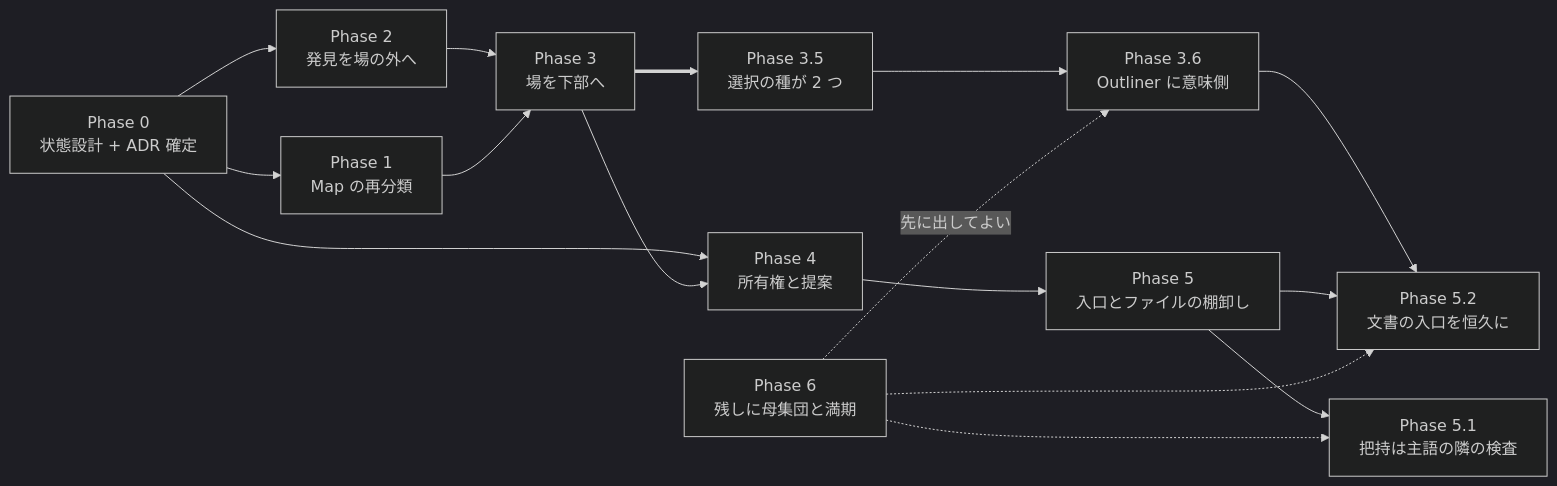
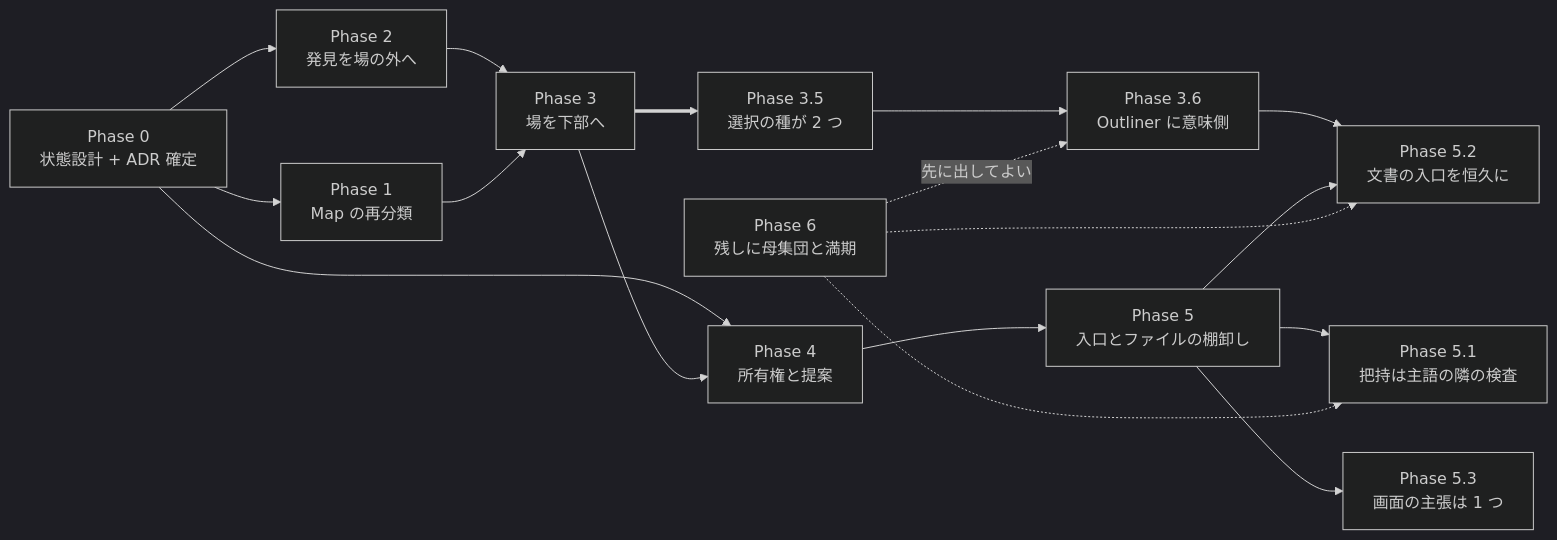
Before and after one commit to yuubae215/easy-extrude: the diagram in docs/ia-redesign/03-implementation-order.md, drawn with Mermaid (dark theme). The commit also changed other lines of this file and 32 other files, not shown here.

````diff
--- a/docs/ia-redesign/03-implementation-order.md
+++ b/docs/ia-redesign/03-implementation-order.md
@@ -341,18 +371,19 @@
 ```mermaid
 graph LR
   P0["Phase 0<br/>状態設計 + ADR 確定"] --> P1["Phase 1<br/>Map の再分類"]
   P0 --> P2["Phase 2<br/>発見を場の外へ"]
   P0 --> P4["Phase 4<br/>所有権と提案"]
   P2 --> P3["Phase 3<br/>場を下部へ"]
   P1 --> P3
   P3 ==> P35["Phase 3.5<br/>選択の種が 2 つ"]
   P3 --> P4
   P4 --> P5["Phase 5<br/>入口とファイルの棚卸し"]
   P35 --> P36["Phase 3.6<br/>Outliner に意味側"]
   P5 --> P51["Phase 5.1<br/>把持は主語の隣の検査"]
+  P5 --> P53["Phase 5.3<br/>画面の主張は 1 つ"]
   P36 --> P52["Phase 5.2<br/>文書の入口を恒久に"]
   P5 --> P52
   P6["Phase 6<br/>残しに母集団と満期"] -.先に出してよい.-> P36
   P6 -.-> P51
   P6 -.-> P52
 ```
````
